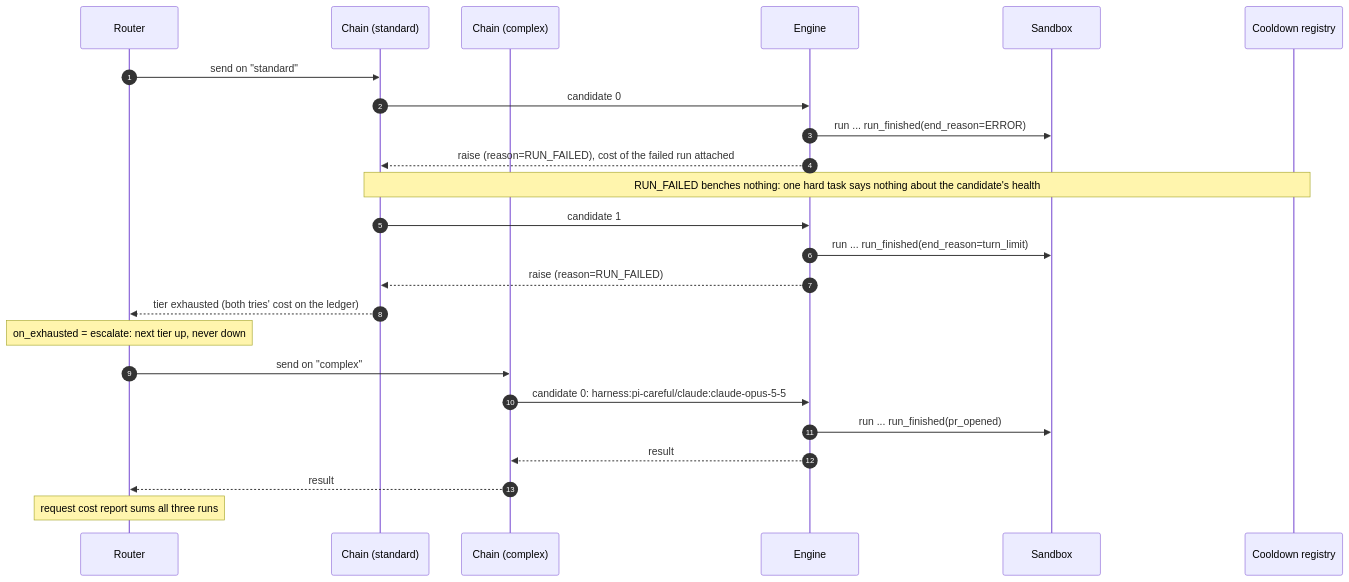
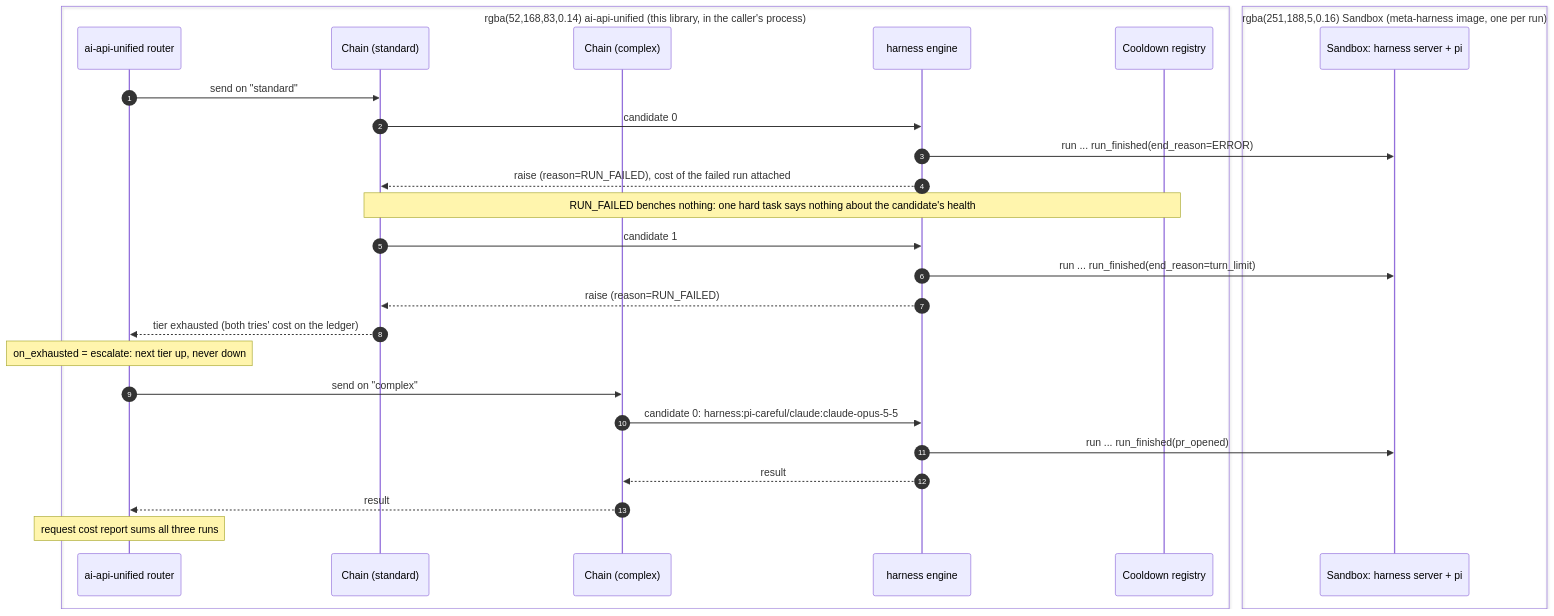
Before and after one commit to davecthomas/ai-api-unified: the third of 8 diagrams in docs/harness_engine_design.md, drawn with Mermaid. The commit also changed other lines of this file, not shown here.

First line of the commit message:
docs/harness-engine-sequences: group sequence participants by owner

````diff
--- a/docs/harness_engine_design.md
+++ b/docs/harness_engine_design.md
@@ -162,27 +181,31 @@
 ```mermaid
 sequenceDiagram
     autonumber
-    participant R as Router
+    box rgba(52,168,83,0.14) ai-api-unified (this library, in the caller's process)
+    participant R as ai-api-unified router
     participant F1 as Chain (standard)
     participant F2 as Chain (complex)
-    participant E as Engine
-    participant S as Sandbox
+    participant E as harness engine
     participant CD as Cooldown registry
+    end
+    box rgba(251,188,5,0.16) Sandbox (meta-harness image, one per run)
+    participant S as Sandbox: harness server + pi
+    end
 
     R->>F1: send on "standard"
     F1->>E: candidate 0
     E->>S: run ... run_finished(end_reason=ERROR)
     E-->>F1: raise (reason=RUN_FAILED), cost of the failed run attached
     Note over F1,CD: RUN_FAILED benches nothing: one hard task says nothing about the candidate's health
     F1->>E: candidate 1
     E->>S: run ... run_finished(end_reason=turn_limit)
     E-->>F1: raise (reason=RUN_FAILED)
     F1-->>R: tier exhausted (both tries' cost on the ledger)
     Note over R: on_exhausted = escalate: next tier up, never down
     R->>F2: send on "complex"
     F2->>E: candidate 0: harness:pi-careful/claude:claude-opus-5-5
     E->>S: run ... run_finished(pr_opened)
     E-->>F2: result
     F2-->>R: result
     Note over R: request cost report sums all three runs
 ```
````
